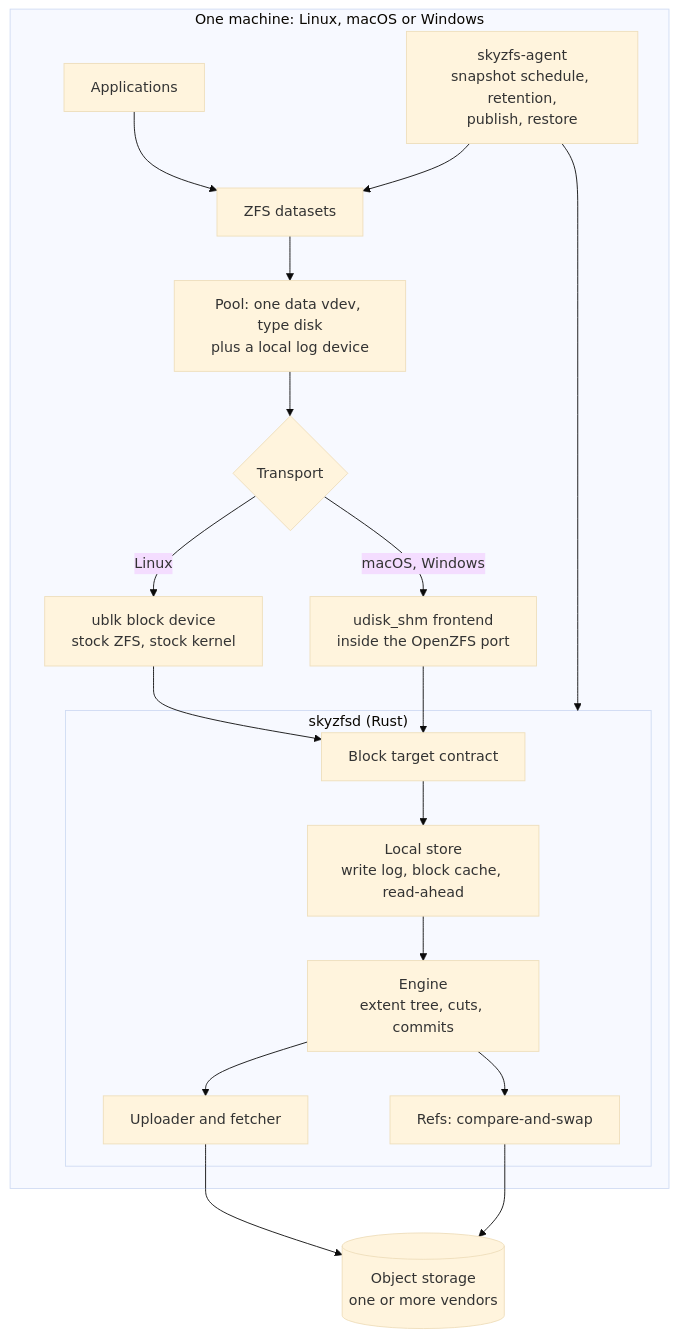
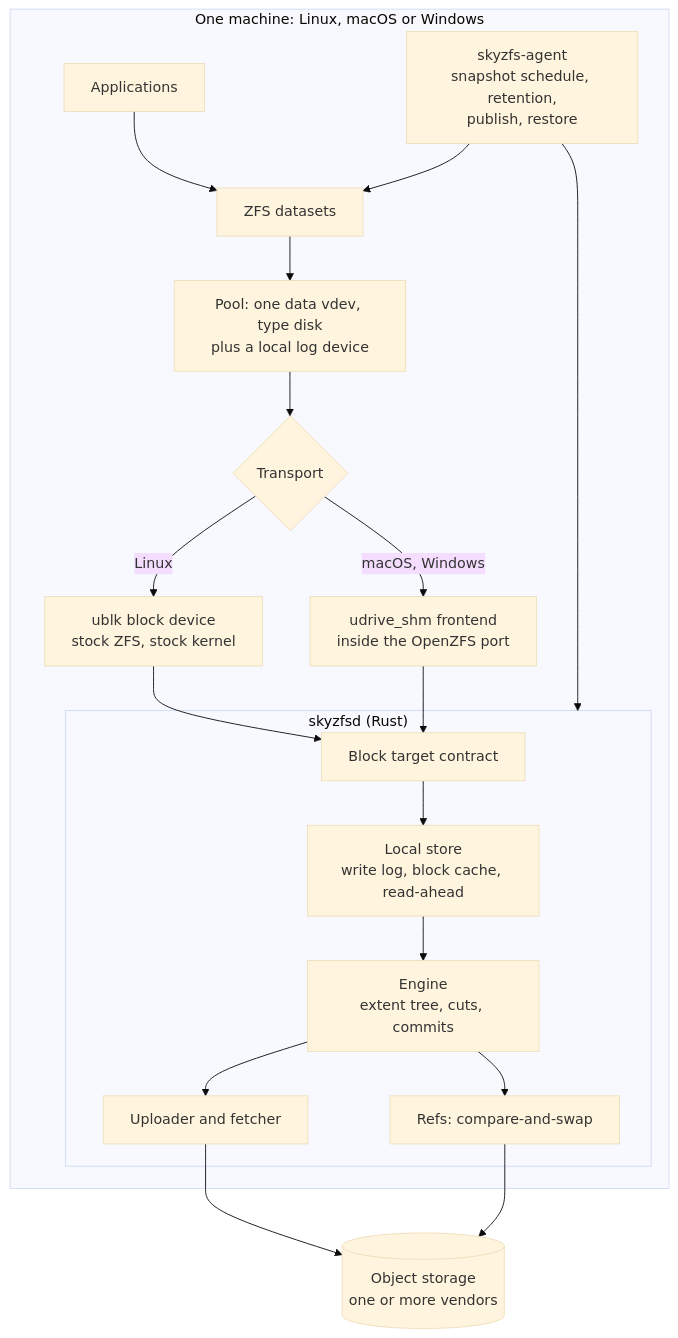
One commit to skyzfs/skyzfs changed the first of 5 diagrams in docs/skyzfs-design.md. Above: the diagram before and after it, drawn with Mermaid (base theme). The commit also changed other lines of this file, not shown here.

First line of the commit message:
design: the shared-memory frontend is called udrive_shm

````diff
--- a/docs/skyzfs-design.md
+++ b/docs/skyzfs-design.md
@@ -54,26 +54,26 @@
 ```mermaid
 flowchart TB
   subgraph Host["One machine: Linux, macOS or Windows"]
     APP["Applications"] --> ZPL["ZFS datasets"]
     ZPL --> POOL["Pool: one data vdev, type disk<br/>plus a local log device"]
     POOL --> T{"Transport"}
     T -->|"Linux"| UBLK["ublk block device<br/>stock ZFS, stock kernel"]
-    T -->|"macOS, Windows"| SHM["udisk_shm frontend<br/>inside the OpenZFS port"]
+    T -->|"macOS, Windows"| SHM["udrive_shm frontend<br/>inside the OpenZFS port"]
     UBLK --> BT
     SHM --> BT
     subgraph Daemon["skyzfsd (Rust)"]
       BT["Block target contract"]
       LOCAL["Local store<br/>write log, block cache, read-ahead"]
       ENG["Engine<br/>extent tree, cuts, commits"]
       UP["Uploader and fetcher"]
       REFS["Refs: compare-and-swap"]
       BT --> LOCAL --> ENG
       ENG --> UP
       ENG --> REFS
     end
     AGENT["skyzfs-agent<br/>snapshot schedule, retention,<br/>publish, restore"] --> ZPL
     AGENT --> Daemon
   end
   UP --> OBJ[("Object storage<br/>one or more vendors")]
   REFS --> OBJ
 ```
````
